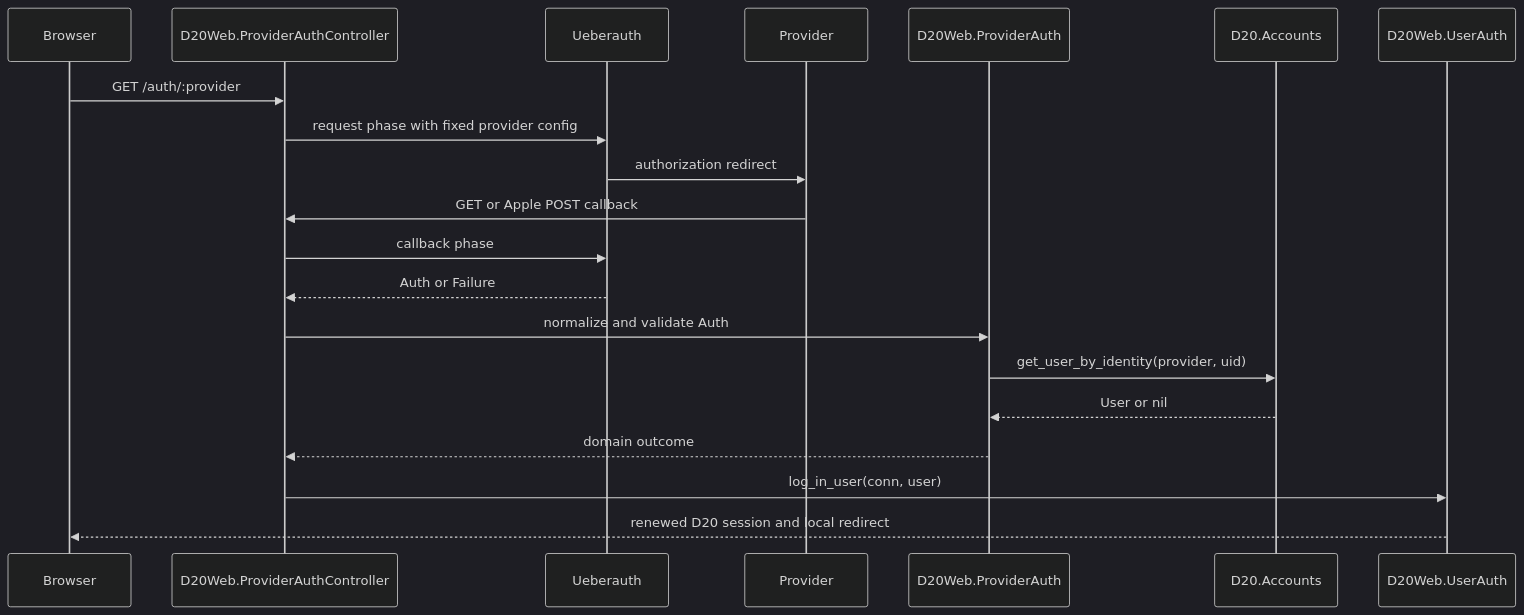
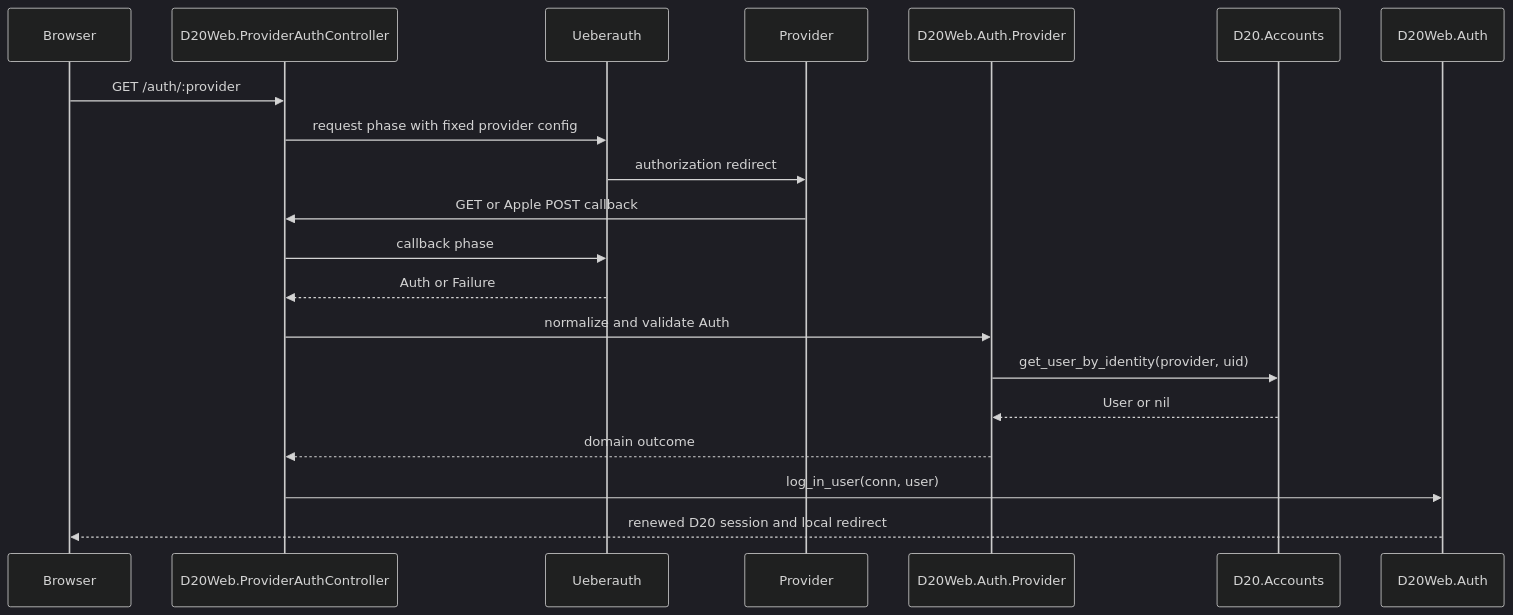
Before and after one commit to ravecat/d20: the diagram in docs/research/external-provider-authentication.md, drawn with Mermaid (dark theme). The commit also changed other lines of this file and 46 other files, not shown here.

````diff
--- a/docs/research/external-provider-authentication.md
+++ b/docs/research/external-provider-authentication.md
@@ -78,23 +78,23 @@
 ```mermaid
 sequenceDiagram
     participant Browser
     participant Controller as D20Web.ProviderAuthController
     participant Ueberauth
     participant Provider
-    participant Adapter as D20Web.ProviderAuth
+    participant Adapter as D20Web.Auth.Provider
     participant Accounts as D20.Accounts
-    participant Session as D20Web.UserAuth
+    participant Session as D20Web.Auth
 
     Browser->>Controller: GET /auth/:provider
     Controller->>Ueberauth: request phase with fixed provider config
     Ueberauth->>Provider: authorization redirect
     Provider->>Controller: GET or Apple POST callback
     Controller->>Ueberauth: callback phase
     Ueberauth-->>Controller: Auth or Failure
     Controller->>Adapter: normalize and validate Auth
     Adapter->>Accounts: get_user_by_identity(provider, uid)
     Accounts-->>Adapter: User or nil
     Adapter-->>Controller: domain outcome
     Controller->>Session: log_in_user(conn, user)
     Session-->>Browser: renewed D20 session and local redirect
 ```
````
